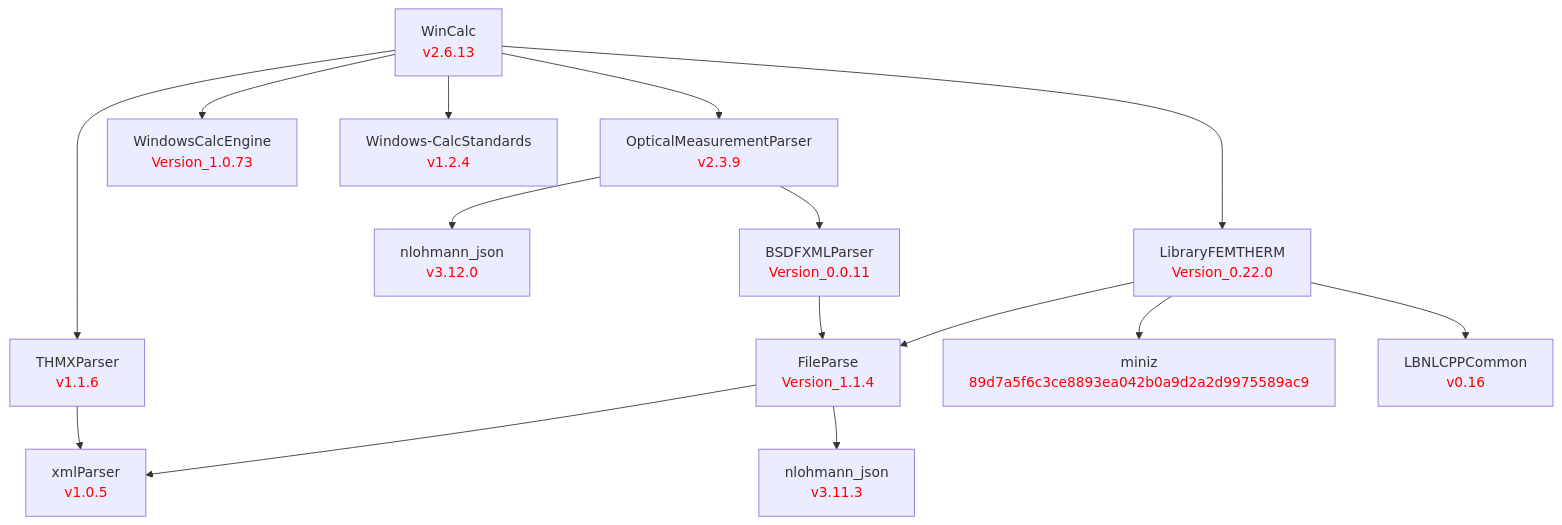
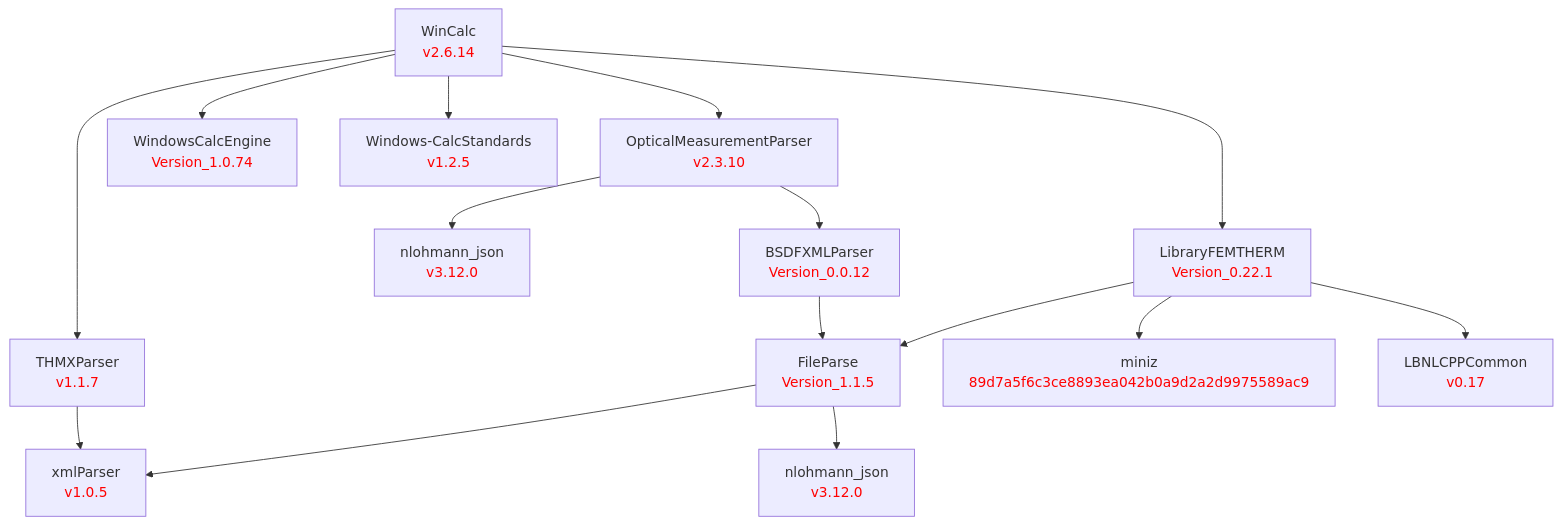
One commit to LBNL-ETA/WinCalc changed the diagram in doc/WinCalc.md. Above: the diagram before and after it, drawn with Mermaid. The commit also changed 2 other files, not shown here.

Commit message:
Bump to Version_2.6.14; WCStandards v1.2.5, OMP v2.3.10, THMXParser v1.1.7, WCE Version_1.0.74, LibraryFEMTherm Version_0.22.1; refresh dep chart

````diff
--- a/doc/WinCalc.md
+++ b/doc/WinCalc.md
@@ -1,49 +1,49 @@
 ```mermaid
 graph TD
     %% Level 0
-    WinCalc[WinCalc<br/><font color='red'>v2.6.13</font>]
+    WinCalc[WinCalc<br/><font color='red'>v2.6.14</font>]
 
     %% Level 1 - direct dependencies
-    OpticalMeasurementParser[OpticalMeasurementParser<br/><font color='red'>v2.3.9</font>]
-    THMXParser[THMXParser<br/><font color='red'>v1.1.6</font>]
-    WindowsCalcEngine[WindowsCalcEngine<br/><font color='red'>Version_1.0.73</font>]
-    Windows-CalcStandards[Windows-CalcStandards<br/><font color='red'>v1.2.4</font>]
-    LibraryFEMTHERM[LibraryFEMTHERM<br/><font color='red'>Version_0.22.0</font>]
+    OpticalMeasurementParser[OpticalMeasurementParser<br/><font color='red'>v2.3.10</font>]
+    THMXParser[THMXParser<br/><font color='red'>v1.1.7</font>]
+    WindowsCalcEngine[WindowsCalcEngine<br/><font color='red'>Version_1.0.74</font>]
+    Windows-CalcStandards[Windows-CalcStandards<br/><font color='red'>v1.2.5</font>]
+    LibraryFEMTHERM[LibraryFEMTHERM<br/><font color='red'>Version_0.22.1</font>]
 
     %% Level 2
     nlohmann_omp[nlohmann_json<br/><font color='red'>v3.12.0</font>]
-    BSDFXMLParser[BSDFXMLParser<br/><font color='red'>Version_0.0.11</font>]
-    FileParse[FileParse<br/><font color='red'>Version_1.1.4</font>]
+    BSDFXMLParser[BSDFXMLParser<br/><font color='red'>Version_0.0.12</font>]
+    FileParse[FileParse<br/><font color='red'>Version_1.1.5</font>]
     miniz[miniz<br/><font color='red'>89d7a5f6c3ce8893ea042b0a9d2a2d9975589ac9</font>]
-    LBNLCPPCommon[LBNLCPPCommon<br/><font color='red'>v0.16</font>]
+    LBNLCPPCommon[LBNLCPPCommon<br/><font color='red'>v0.17</font>]
 
     %% Level 3
     xmlParser[xmlParser<br/><font color='red'>v1.0.5</font>]
-    nlohmann_fp[nlohmann_json<br/><font color='red'>v3.11.3</font>]
+    nlohmann_fp[nlohmann_json<br/><font color='red'>v3.12.0</font>]
 
     %% WinCalc dependencies
     WinCalc --> OpticalMeasurementParser
     WinCalc --> THMXParser
     WinCalc --> WindowsCalcEngine
     WinCalc --> Windows-CalcStandards
     WinCalc --> LibraryFEMTHERM
 
     %% OpticalMeasurementParser dependencies
     OpticalMeasurementParser --> nlohmann_omp
     OpticalMeasurementParser --> BSDFXMLParser
 
     %% LibraryFEMTHERM dependencies
     LibraryFEMTHERM --> FileParse
     LibraryFEMTHERM --> miniz
     LibraryFEMTHERM --> LBNLCPPCommon
 
     %% BSDFXMLParser dependencies
     BSDFXMLParser --> FileParse
 
     %% FileParse dependencies
     FileParse --> xmlParser
     FileParse --> nlohmann_fp
 
     %% THMXParser dependencies
     THMXParser --> xmlParser
 ```
````
